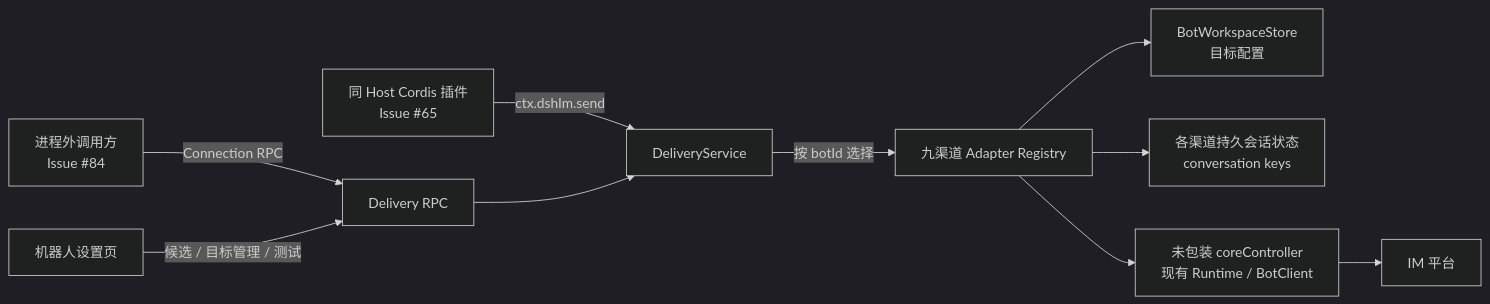
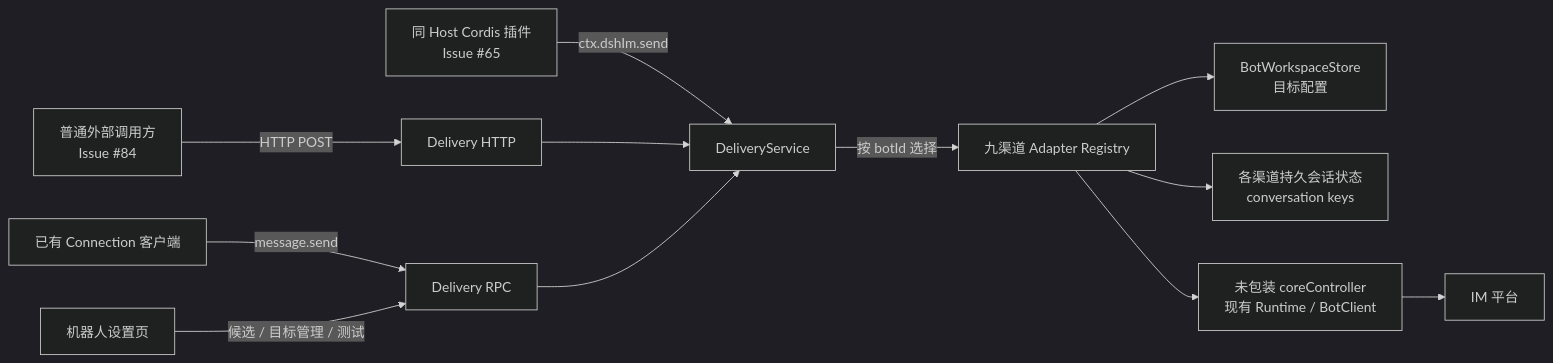
Before and after one commit to C3H3-AI/dsh-im: the diagram in docs/方案/Issue-65-84-botId-targetId稳定主动投递方案.md, drawn with Mermaid (dark theme). The commit also changed other lines of this file and 10 other files, not shown here.

Commit message:
feat: add proactive delivery HTTP endpoint

````diff
--- a/docs/方案/Issue-65-84-botId-targetId稳定主动投递方案.md
+++ b/docs/方案/Issue-65-84-botId-targetId稳定主动投递方案.md
@@ -130,12 +131,14 @@
 ```mermaid
 flowchart LR
     A[同 Host Cordis 插件<br/>Issue #65] -->|ctx.dshIm.send| C[DeliveryService]
-    B[进程外调用方<br/>Issue #84] -->|Connection RPC| R[Delivery RPC]
+    B[普通外部调用方<br/>Issue #84] -->|HTTP POST| H[Delivery HTTP]
+    H --> C
+    E[已有 Connection 客户端] -->|message.send| R[Delivery RPC]
     U[机器人设置页] -->|候选 / 目标管理 / 测试| R
     R --> C
     C -->|按 botId 选择| G[九渠道 Adapter Registry]
     G --> T[BotWorkspaceStore<br/>目标配置]
     G --> K[各渠道持久会话状态<br/>conversation keys]
     G --> S[未包装 coreController<br/>现有 Runtime / BotClient]
     S --> P[IM 平台]
 ```
````
